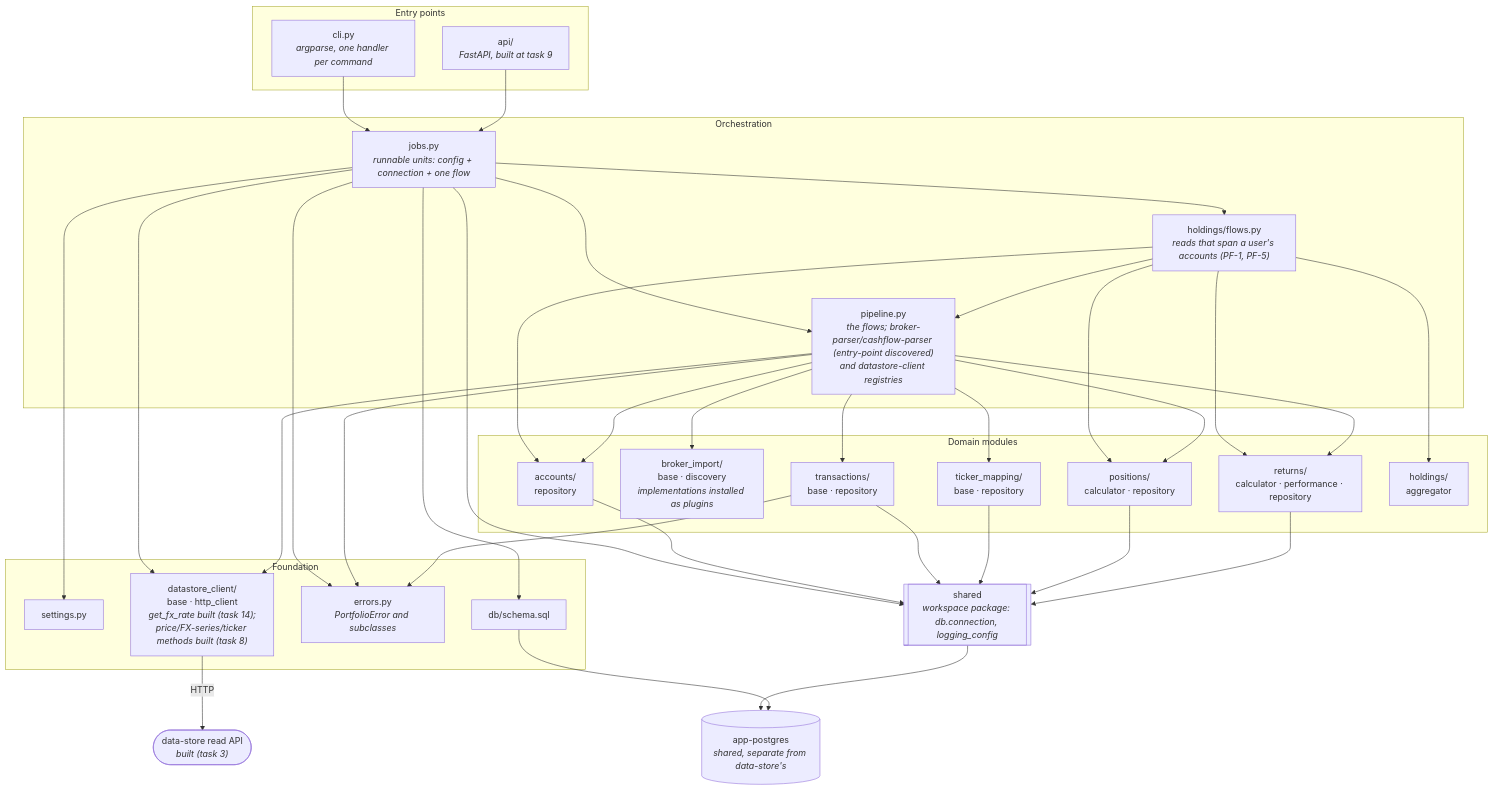
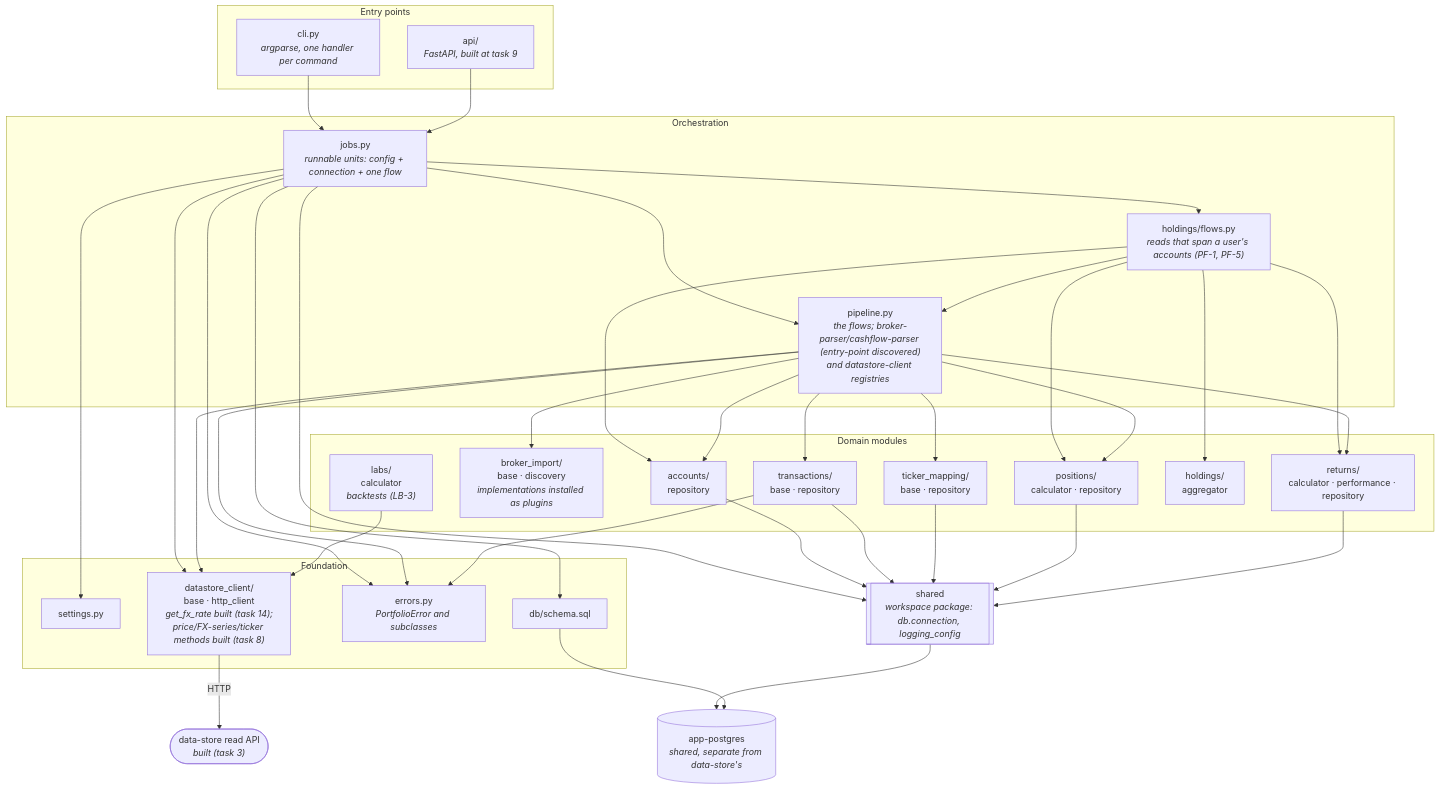
The first of 2 diagrams in services/portfolio/docs/architecture.md (jpedropereira/Stakehold), drawn with Mermaid before and after one commit. The commit also changed other lines of this file and 4 other files, not shown here.

First line of the commit message:
Add the backtest calculator for Labs (LB-3)

````diff
--- a/services/portfolio/docs/architecture.md
+++ b/services/portfolio/docs/architecture.md
@@ -59,66 +59,68 @@
 ```mermaid
 flowchart TD
     subgraph entry["Entry points"]
         CLI["cli.py<br/><i>argparse, one handler per command</i>"]
         API["api/<br/><i>FastAPI, built at task 9</i>"]
     end
 
     subgraph orch["Orchestration"]
         JOBS["jobs.py<br/><i>runnable units: config + connection + one flow</i>"]
         PIPE["pipeline.py<br/><i>the flows; broker-parser/cashflow-parser (entry-point discovered)<br/>and datastore-client registries</i>"]
         HFLOW["holdings/flows.py<br/><i>reads that span a user's accounts (PF-1, PF-5)</i>"]
     end
 
     subgraph domain["Domain modules"]
         ACC["accounts/<br/>repository"]
         IMP["broker_import/<br/>base · discovery<br/><i>implementations installed as plugins</i>"]
         MAP["ticker_mapping/<br/>base · repository"]
         TXN["transactions/<br/>base · repository"]
         POS["positions/<br/>calculator · repository"]
         RET["returns/<br/>calculator · performance · repository"]
         HOLD["holdings/<br/>aggregator"]
+        LABS["labs/<br/>calculator<br/><i>backtests (LB-3)</i>"]
     end
 
     subgraph found["Foundation"]
         SET["settings.py"]
         DB["db/schema.sql"]
         ERR["errors.py<br/><i>PortfolioError and subclasses</i>"]
         DSC["datastore_client/<br/>base · http_client<br/><i>get_fx_rate built (task 14);<br/>price/FX-series/ticker methods built (task 8)</i>"]
     end
 
     SH[["shared<br/><i>workspace package: db.connection, logging_config</i>"]]
     PG[("app-postgres<br/><i>shared, separate from data-store's</i>")]
     DSAPI(["data-store read API<br/><i>built (task 3)</i>"])
 
     CLI --> JOBS
     API --> JOBS
     JOBS --> PIPE
     JOBS --> HFLOW
     HFLOW --> ACC
     HFLOW --> POS
     HFLOW --> RET
     HFLOW --> HOLD
     HFLOW --> PIPE
     JOBS --> SET
     JOBS --> DB
     JOBS --> ERR
     JOBS --> DSC
     PIPE --> ACC
     PIPE --> IMP
     PIPE --> MAP
     PIPE --> TXN
     PIPE --> POS
     PIPE --> RET
     PIPE --> DSC
     PIPE --> ERR
     TXN --> ERR
     JOBS --> SH
     ACC --> SH
     TXN --> SH
     MAP --> SH
     POS --> SH
     RET --> SH
+    LABS --> DSC
     SH --> PG
     DB --> PG
     DSC -->|HTTP| DSAPI
 ```
````
